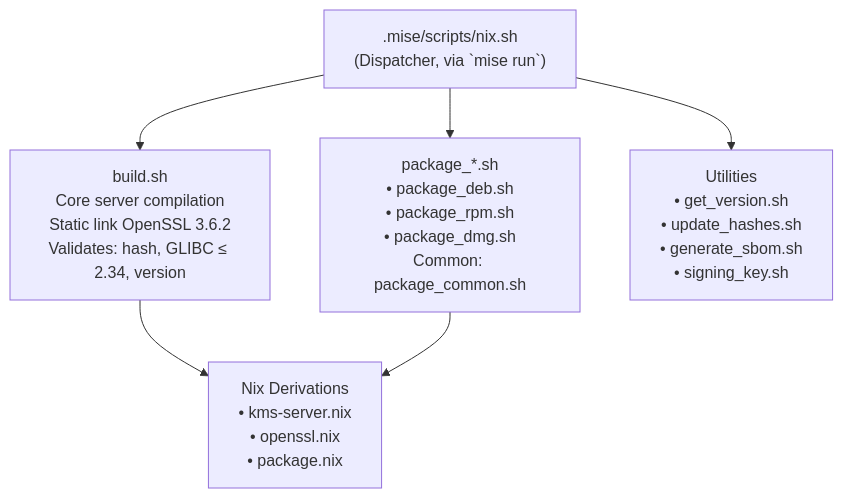
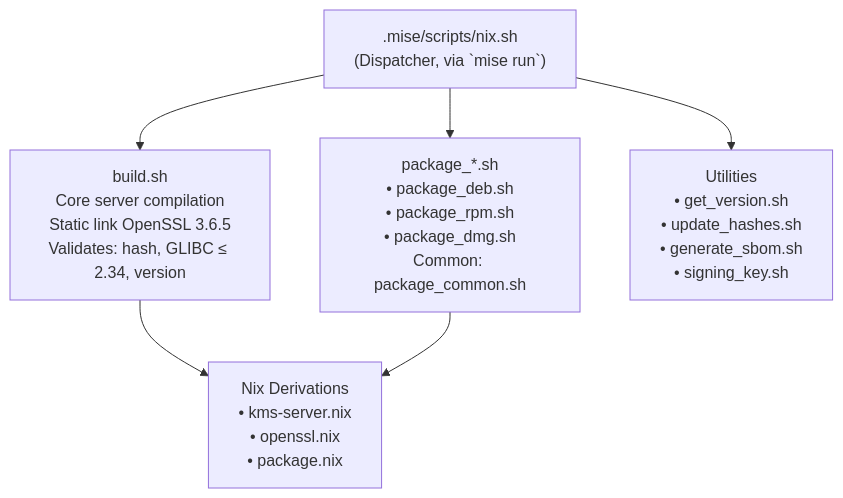
Before and after one commit to Cosmian/kms: the seventh of 11 diagrams in nix/README.md, drawn with Mermaid. The commit also changed other lines of this file and 45 other files, not shown here.

First line of the commit message:
fix(build): bump statically linked OpenSSL to 3.6.5

````diff
--- a/nix/README.md
+++ b/nix/README.md
@@ -664,10 +664,10 @@
 ```mermaid
 flowchart TB
     nix_sh[".mise/scripts/nix.sh<br/>(Dispatcher, via `mise run`)"]
-    build_sh["build.sh<br/>Core server compilation<br/>Static link OpenSSL 3.6.2<br/>Validates: hash, GLIBC ≤ 2.34, version"]
+    build_sh["build.sh<br/>Core server compilation<br/>Static link OpenSSL 3.6.5<br/>Validates: hash, GLIBC ≤ 2.34, version"]
     pkg_sh["package_*.sh<br/>• package_deb.sh<br/>• package_rpm.sh<br/>• package_dmg.sh<br/>Common: package_common.sh"]
     utils_sh["Utilities<br/>• get_version.sh<br/>• update_hashes.sh<br/>• generate_sbom.sh<br/>• signing_key.sh"]
     nix_sh --> build_sh & pkg_sh & utils_sh
     derivations["Nix Derivations<br/>• kms-server.nix<br/>• openssl.nix<br/>• package.nix"]
     build_sh & pkg_sh --> derivations
 ```
````
